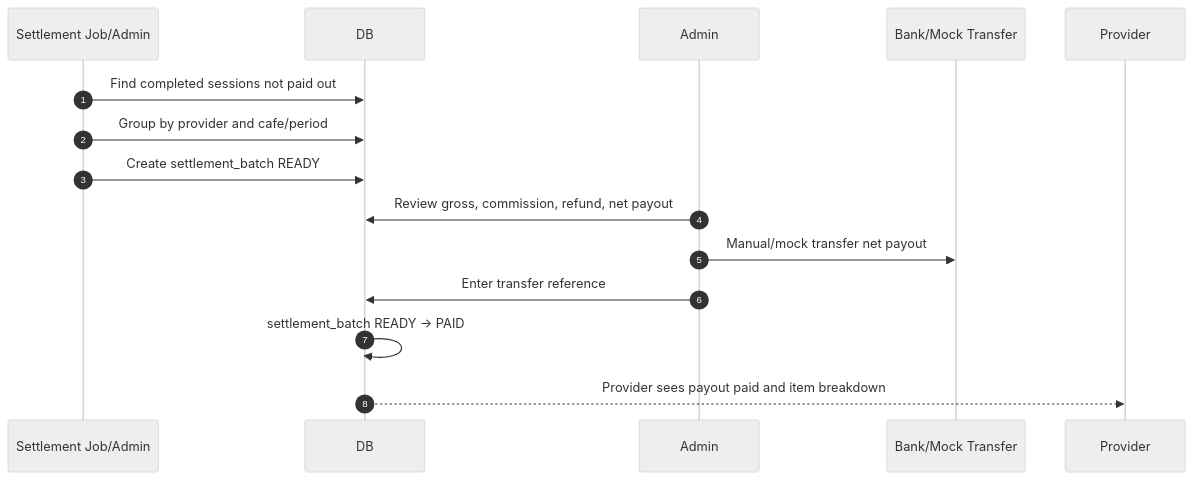
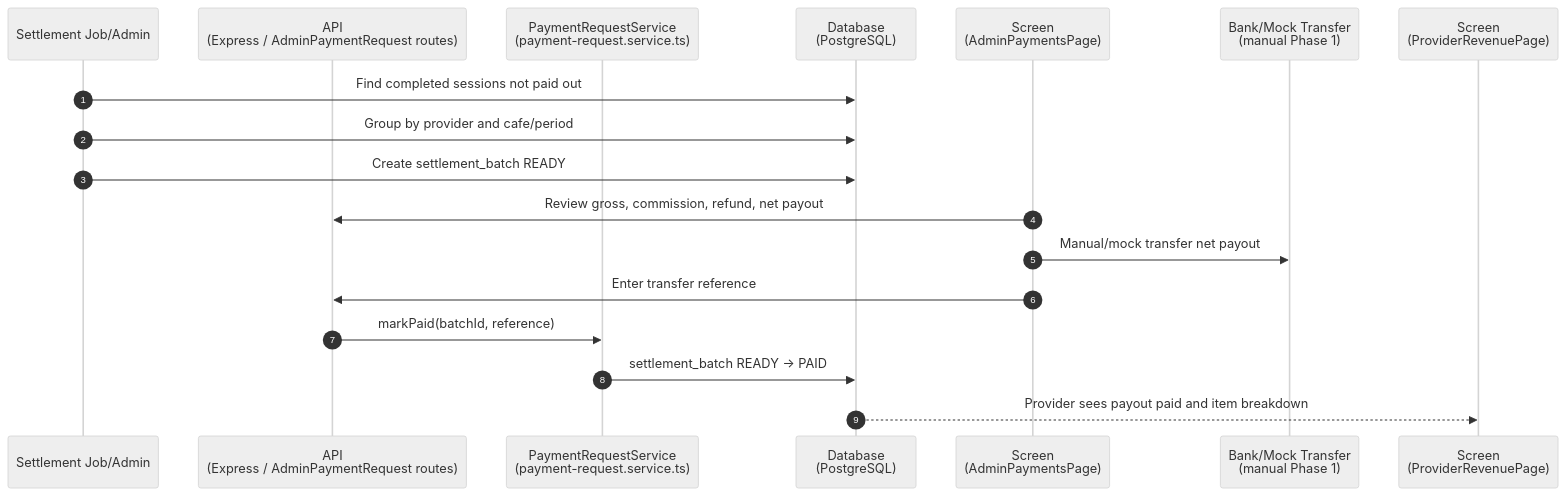
One commit to RCField-SEP490/rcfield-spec changed the third of 5 diagrams in docs/diagrams/sequence/sequence-flow-revenue-payout.md. Above: the diagram before and after it, drawn with Mermaid (neutral theme). The commit also changed other lines of this file and 15 other files, not shown here.

First line of the commit message:
Add sequence flow diagrams for provider, staff, and supporting operations

````diff
--- a/docs/diagrams/sequence/sequence-flow-revenue-payout.md
+++ b/docs/diagrams/sequence/sequence-flow-revenue-payout.md
@@ -60,18 +75,21 @@
 ```mermaid
 sequenceDiagram
     autonumber
     participant Job as Settlement Job/Admin
-    participant DB as DB
-    participant A as Admin
-    participant Bank as Bank/Mock Transfer
-    participant P as Provider
+    participant API as API<br/>(Express / AdminPaymentRequest routes)
+    participant SVC as PaymentRequestService<br/>(payment-request.service.ts)
+    participant DB as Database<br/>(PostgreSQL)
+    participant A as Screen<br/>(AdminPaymentsPage)
+    participant Bank as Bank/Mock Transfer<br/>(manual Phase 1)
+    participant P as Screen<br/>(ProviderRevenuePage)
 
     Job->>DB: Find completed sessions not paid out
     Job->>DB: Group by provider and cafe/period
     Job->>DB: Create settlement_batch READY
-    A->>DB: Review gross, commission, refund, net payout
+    A->>API: Review gross, commission, refund, net payout
     A->>Bank: Manual/mock transfer net payout
-    A->>DB: Enter transfer reference
-    DB->>DB: settlement_batch READY -> PAID
+    A->>API: Enter transfer reference
+    API->>SVC: markPaid(batchId, reference)
+    SVC->>DB: settlement_batch READY -> PAID
     DB-->>P: Provider sees payout paid and item breakdown
 ```
````
